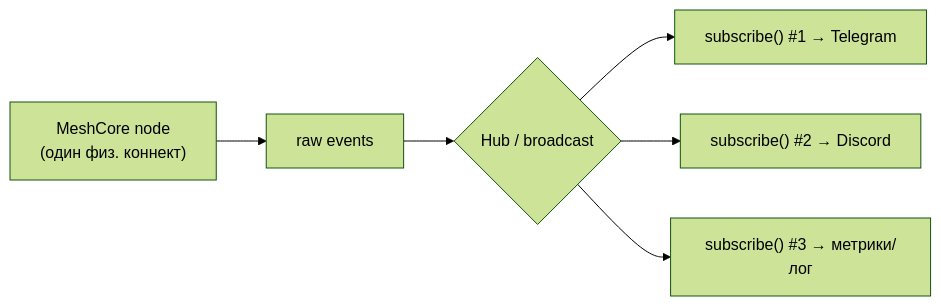
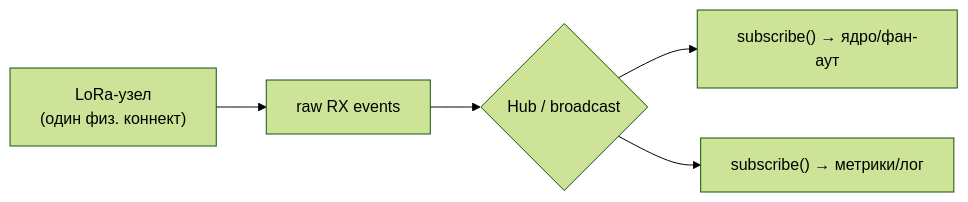
Before and after one commit to Flexlug/LoRa-Bridge: the sixth of 10 diagrams in docs/ARCHITECTURE.md, drawn with Mermaid (forest theme). The commit also changed other lines of this file, not shown here.

First line of the commit message:
docs: pivot to client-server commit-log architecture

````diff
--- a/docs/ARCHITECTURE.md
+++ b/docs/ARCHITECTURE.md
@@ -403,8 +427,7 @@
 ```mermaid
 flowchart LR
-    NODE["MeshCore node\n(один физ. коннект)"] --> SRC["raw events"]
+    NODE["LoRa-узел\n(один физ. коннект)"] --> SRC["raw RX events"]
     SRC --> FANOUT{"Hub / broadcast"}
-    FANOUT --> S1["subscribe() #1 → Telegram"]
-    FANOUT --> S2["subscribe() #2 → Discord"]
-    FANOUT --> S3["subscribe() #3 → метрики/лог"]
+    FANOUT --> S1["subscribe() → ядро/фан-аут"]
+    FANOUT --> S2["subscribe() → метрики/лог"]
 ```
````
